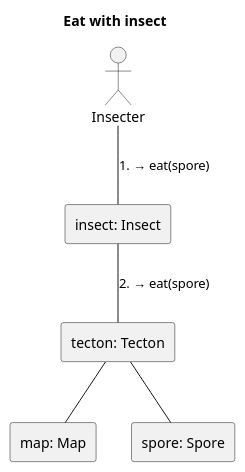
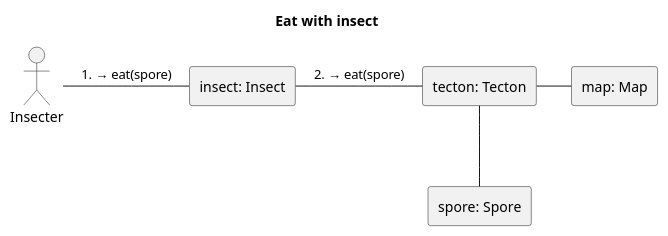
Before and after one commit to Petya-G/fungorium: the diagram in 5/communication_diagrams/insecter/eat.puml, drawn with PlantUML. The commit also changed 2 other files, not shown here.

```diff
--- a/5/communication_diagrams/insecter/eat.puml
+++ b/5/communication_diagrams/insecter/eat.puml
@@ -2,15 +2,15 @@
 @startuml Eat with insect
 title Eat with insect
 skinparam linestyle ortho
 actor Insecter as 0
 rectangle "map: Map" as 1
 rectangle "tecton: Tecton" as 2.1
 rectangle "insect: Insect" as 3
 rectangle "spore: Spore" as 4
 
-0 -- 3 :  1. → eat(spore)
-3 -- 2.1:  2. → eat(spore)
-2.1 -- 1
+0 -right- 3 :  1. → eat(spore)
+3 -right- 2.1:  2. → eat(spore)
+2.1 -right- 1
 2.1 -- 4
 
 @enduml
```
